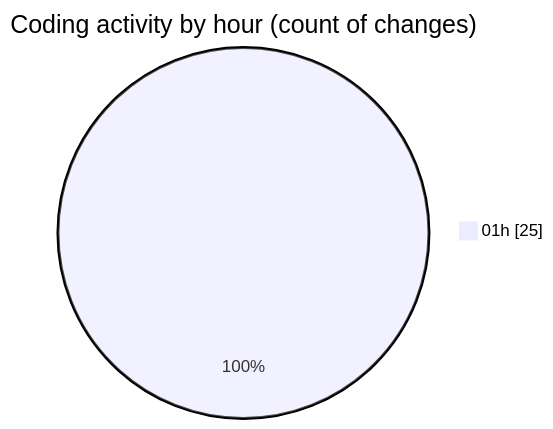
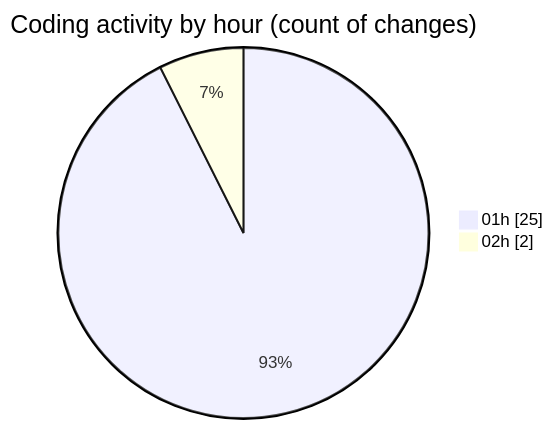
One commit to ernivani/code-tracking changed the second of 2 diagrams in 2025-01-02/ai/README.md. Above: the diagram before and after it, drawn with Mermaid. The commit also changed other lines of this file and 1 other file, not shown here.

````diff
--- a/2025-01-02/ai/README.md
+++ b/2025-01-02/ai/README.md
@@ -29,5 +29,6 @@
 ```mermaid
 pie showData
 title Coding activity by hour (count of changes)
 "01h" : 25
+"02h" : 2
 ```
````
